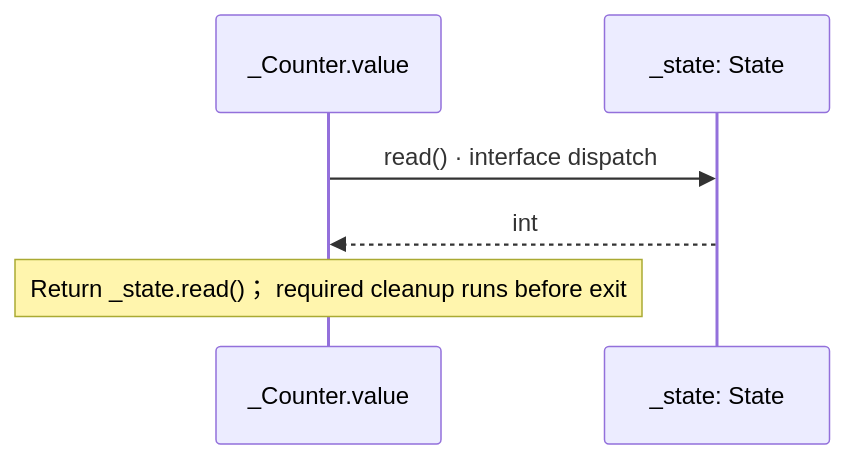
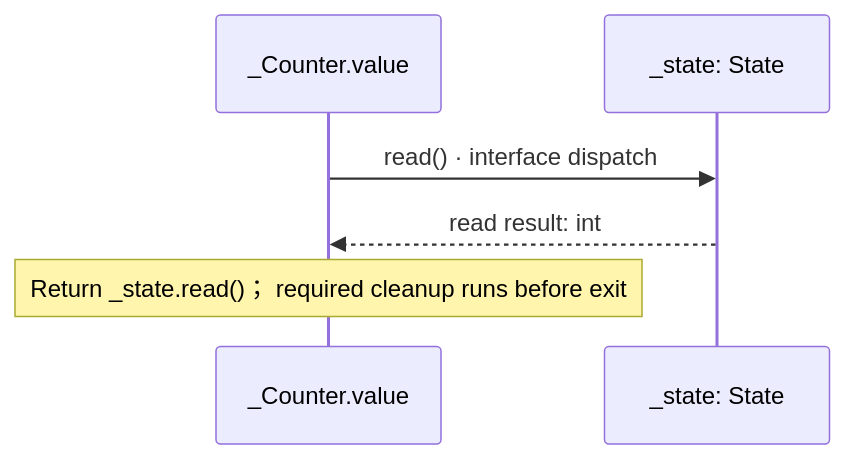
Before and after one commit to GreenPandaStudios/augscript: the third of 3 diagrams in docs/examples/approved-design/counters-diagrams.md, drawn with Mermaid. The commit also changed other lines of this file and 304 other files, not shown here.

Commit message:
Make generated data-flow sequences concise and review every diagram

````diff
--- a/docs/examples/approved-design/counters-diagrams.md
+++ b/docs/examples/approved-design/counters-diagrams.md
@@ -140,8 +124,8 @@
 ```mermaid
 sequenceDiagram
     participant p0 as _Counter.value
     participant p1 as _state: State
     p0->>p1: read() · interface dispatch
-    p1-->>p0: int
+    p1-->>p0: read result: int
     Note over p0: Return _state.read()； required cleanup runs before exit
 ```
````
